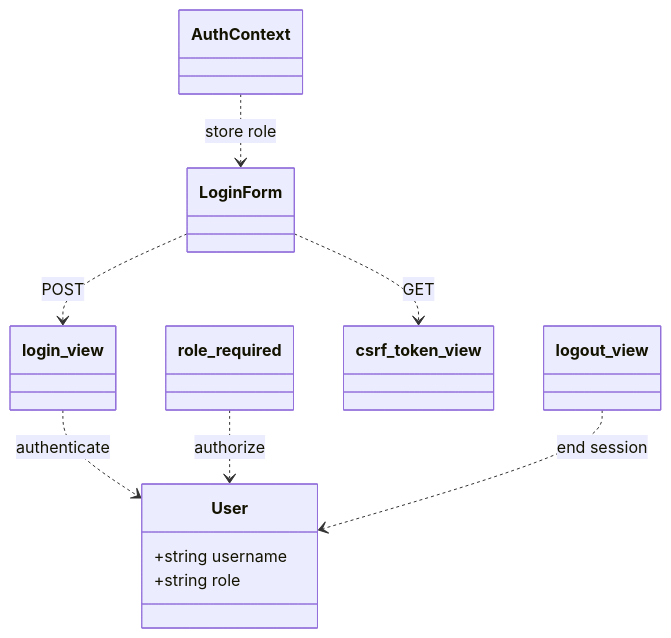
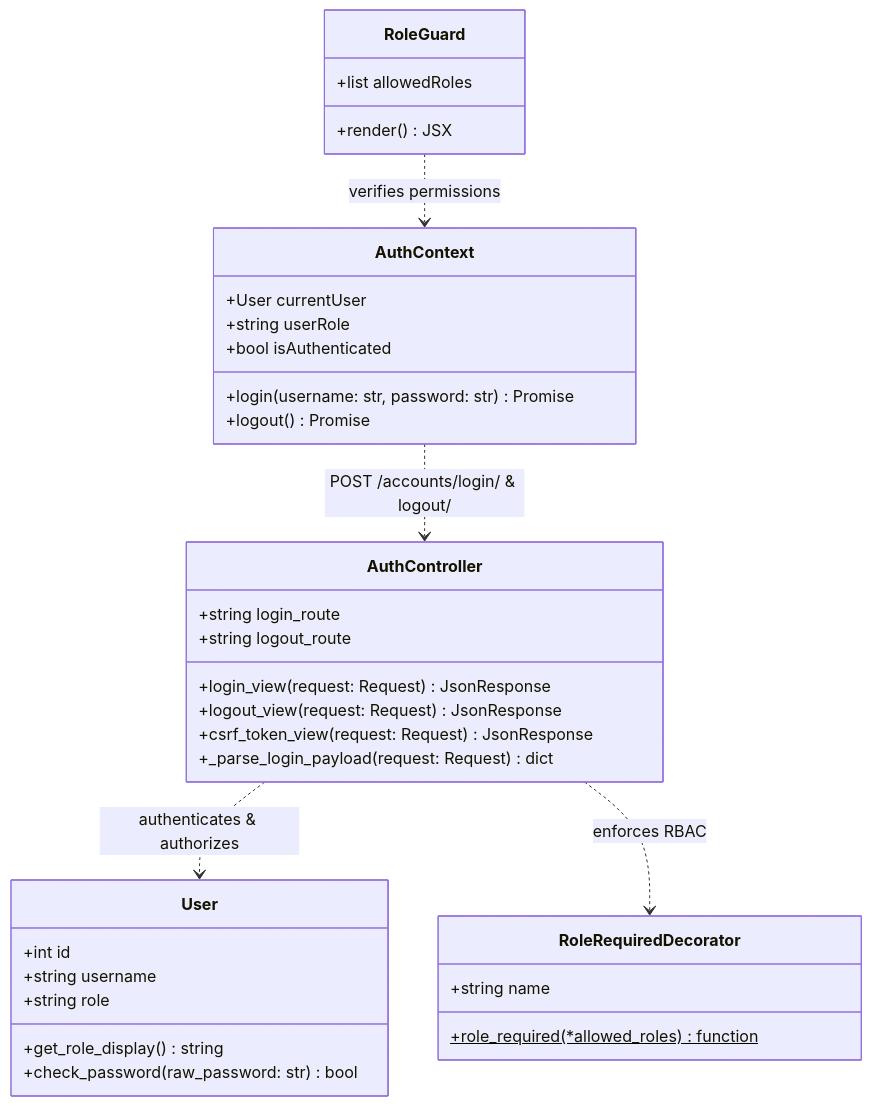
The diagram in documentation/class diagrams/4.1_Class Diagram.md (DymNomZ/TBXR), drawn with Mermaid before and after one commit. The commit also changed 80 other files, not shown here.

````diff
--- a/documentation/class diagrams/4.1_Class Diagram.md
+++ b/documentation/class diagrams/4.1_Class Diagram.md
@@ -1,21 +1,42 @@
 ```mermaid
 classDiagram
     class User {
+        +int id
         +string username
         +string role
+        +get_role_display() string
+        +check_password(raw_password: str) bool
     }
 
-    class AuthContext
-    class LoginForm
-    class login_view
-    class logout_view
-    class csrf_token_view
-    class role_required
+    class RoleRequiredDecorator {
+        +string name
+        +role_required(*allowed_roles)$ function
+    }
 
-    LoginForm ..> csrf_token_view : GET
-    LoginForm ..> login_view : POST
-    AuthContext ..> LoginForm : store role
-    login_view ..> User : authenticate
-    role_required ..> User : authorize
-    logout_view ..> User : end session
+    class AuthController {
+        +string login_route
+        +string logout_route
+        +login_view(request: Request) JsonResponse
+        +logout_view(request: Request) JsonResponse
+        +csrf_token_view(request: Request) JsonResponse
+        +_parse_login_payload(request: Request) dict
+    }
+
+    class AuthContext {
+        +User currentUser
+        +string userRole
+        +bool isAuthenticated
+        +login(username: str, password: str) Promise
+        +logout() Promise
+    }
+
+    class RoleGuard {
+        +list allowedRoles
+        +render() JSX
+    }
+
+    AuthController ..> User : authenticates & authorizes
+    AuthController ..> RoleRequiredDecorator : enforces RBAC
+    AuthContext ..> AuthController : POST /accounts/login/ & logout/
+    RoleGuard ..> AuthContext : verifies permissions
 ```
````
